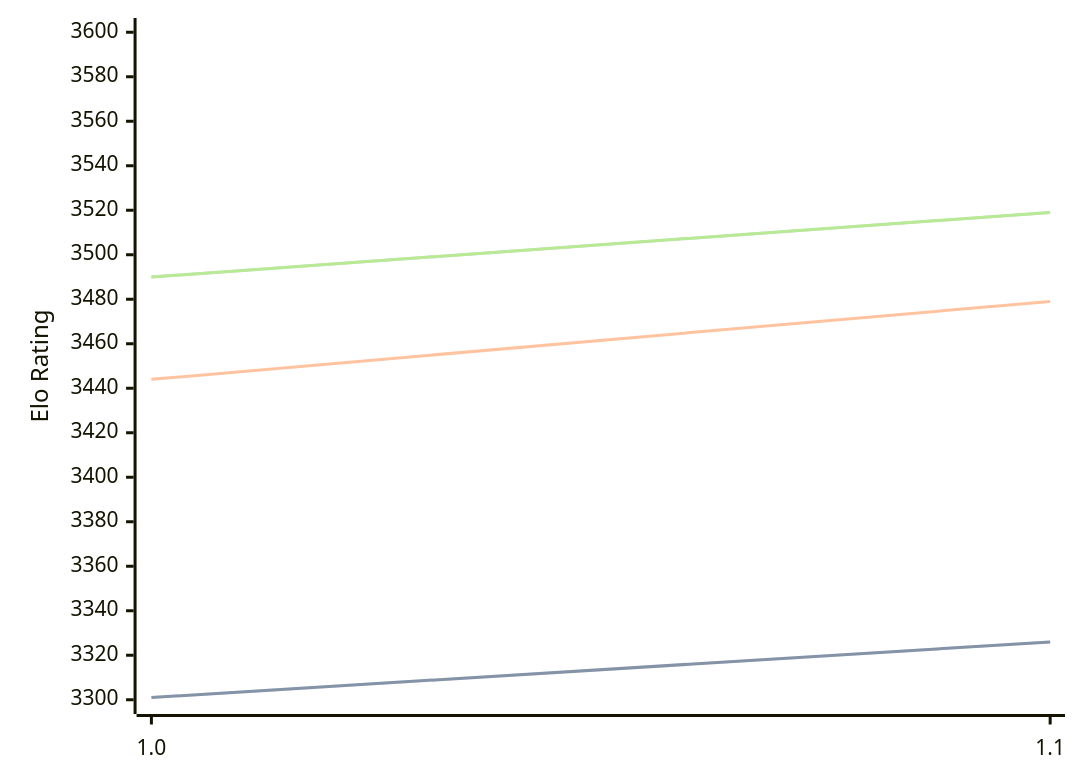
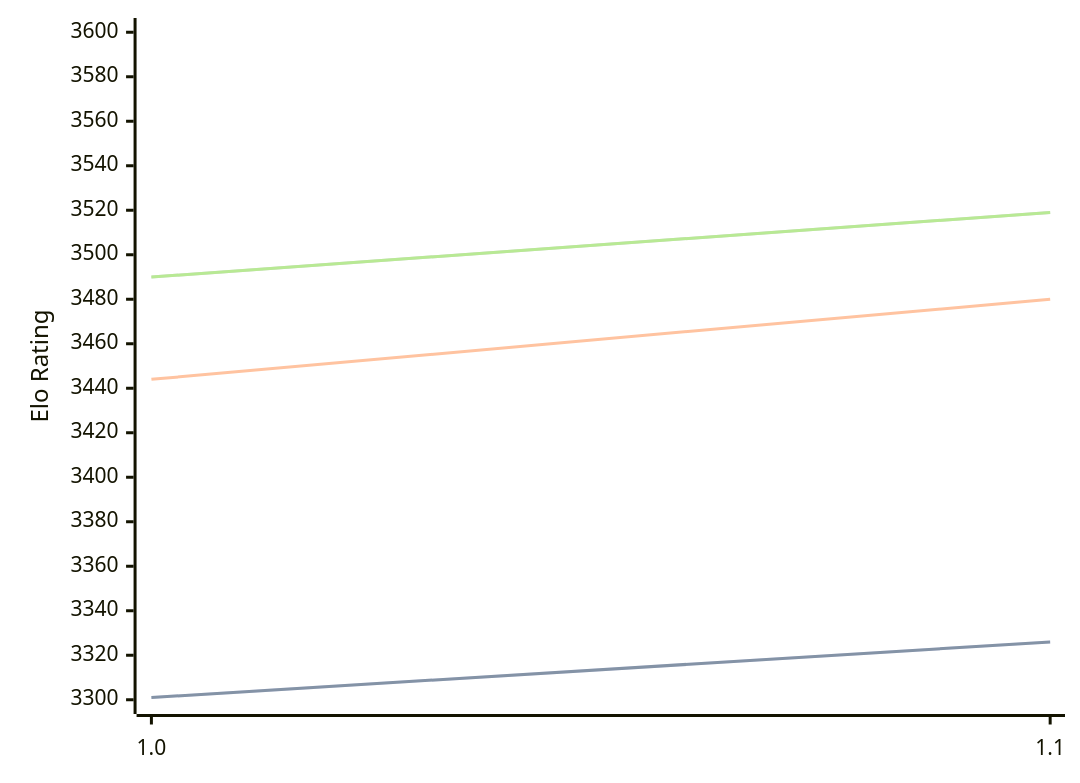
The third of 3 diagrams in engines/Icarus.md (computer-chess-index/cci), drawn with Mermaid before and after one commit. The commit also changed other lines of this file, not shown here.

````diff
--- a/engines/Icarus.md
+++ b/engines/Icarus.md
@@ -65,11 +65,11 @@
 ```mermaid
 %%{init: {"theme":"base","themeVariables":{"seriesColors:['#a3a3a3','#222221','#faa371']}}}%%
 xychart-beta
   x-axis ["1.0", "1.1"]
   y-axis "Elo Rating" 3300 --> 3600
   line "STC (8.0+0.08s)" [3301, 3326]
   line "STC (8.0+0.08s)" [3301, 3326]
-  line "LTC (60.0+0.60s)" [3444, 3479]
+  line "LTC (60.0+0.60s)" [3444, 3480]
   line "VLTC (2m24s+1.12s)" [3490, 3519]
   line "VLTC (2m24s+1.12s)" [3490, 3519]
 ```
````
